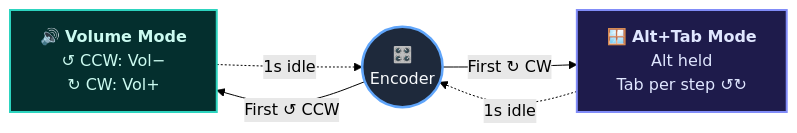
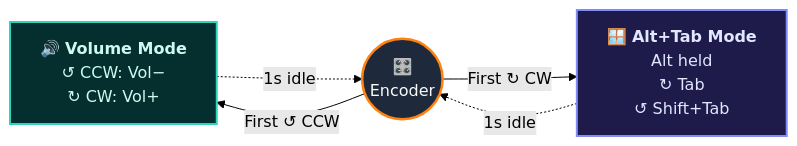
One commit to ozkan/zmk-orbit changed the diagram in README.md. Above: the diagram before and after it, drawn with Mermaid (forest theme). The commit also changed other lines of this file, not shown here.

````diff
--- a/README.md
+++ b/README.md
@@ -7,19 +11,19 @@
 ```mermaid
 flowchart LR
-    Vol["🔊 <b>Volume Mode</b><br/>↺ CCW: Vol− <br/> ↻ CW: Vol+"] ~~~ Knob(("🎛️<br/>Encoder")) ~~~ Alt["🪟 <b>Alt+Tab Mode</b><br/>Alt held <br/> Tab per step ↺↻"]
+    Vol["🔊 <b>Volume Mode</b><br/>↺ CCW: Vol− <br/> ↻ CW: Vol+"] ~~~ Knob(("🎛️<br/>Encoder")) ~~~ Alt["🪟 <b>Alt+Tab Mode</b><br/>Alt held<br/>↻ Tab<br/>↺ Shift+Tab"]
 
     Knob -->|"First ↺ CCW"| Vol
     Knob -->|"First ↻ CW"| Alt
 
     Vol -.->|"1s idle"| Knob
     Alt -.->|"1s idle"| Knob
 
-    classDef knob fill:#1e293b,stroke:#60a5fa,stroke-width:2.5px,color:#f8fafc
+    classDef knob fill:#1e293b,stroke:#ff8210,stroke-width:2.5px,color:#f8fafc
     classDef altMode fill:#1e1b4b,stroke:#818cf8,stroke-width:2px,color:#e0e7ff
     classDef volMode fill:#042f2e,stroke:#2dd4bf,stroke-width:2px,color:#ccfbf1
 
     class Knob knob
     class Alt altMode
     class Vol volMode
 
-``` 
+```
````
